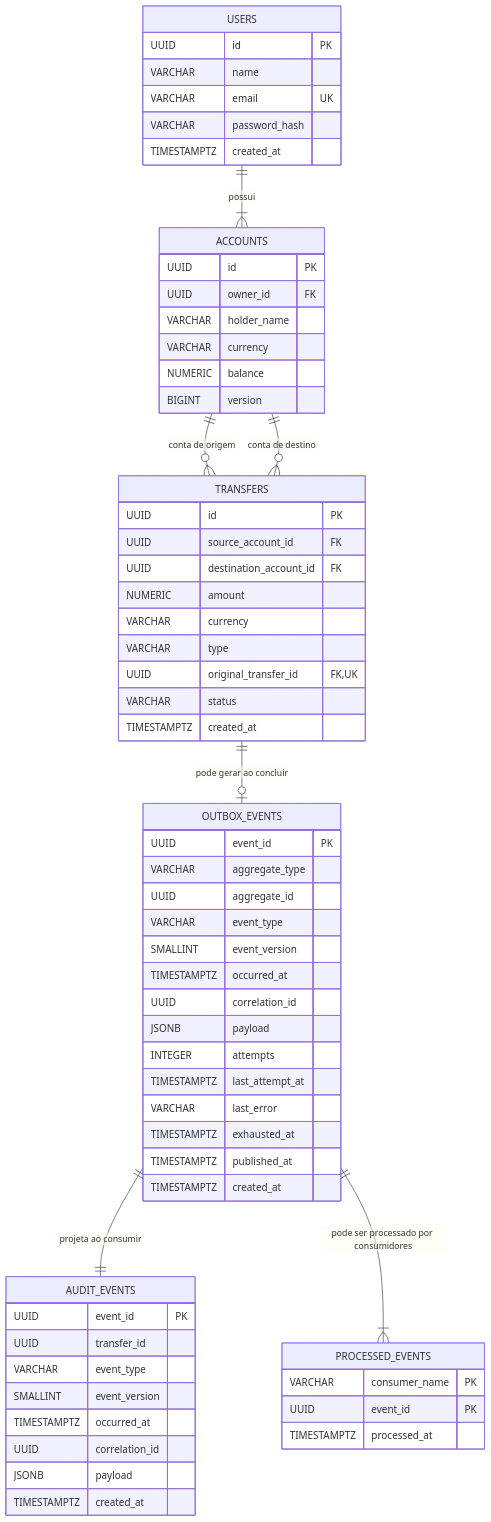
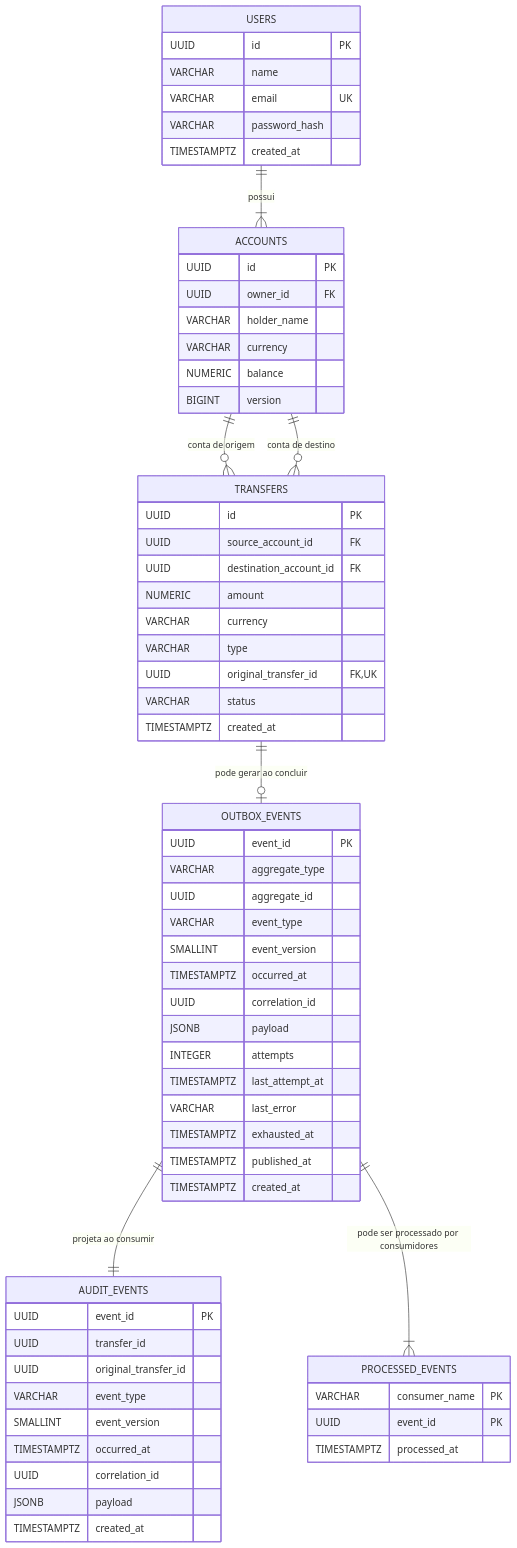
One commit to WilliamRochaJR/pay-flow changed the second of 4 diagrams in docs/domain-model.md. Above: the diagram before and after it, drawn with Mermaid. The commit also changed other lines of this file and 23 other files, not shown here.

````diff
--- a/docs/domain-model.md
+++ b/docs/domain-model.md
@@ -210,72 +225,73 @@
 ```mermaid
 erDiagram
     USERS ||--|{ ACCOUNTS : possui
     ACCOUNTS ||--o{ TRANSFERS : "conta de origem"
     ACCOUNTS ||--o{ TRANSFERS : "conta de destino"
     TRANSFERS ||--o| OUTBOX_EVENTS : "pode gerar ao concluir"
     OUTBOX_EVENTS ||--|| AUDIT_EVENTS : "projeta ao consumir"
     OUTBOX_EVENTS ||--|{ PROCESSED_EVENTS : "pode ser processado por consumidores"
 
     ACCOUNTS {
         UUID id PK
         UUID owner_id FK
         VARCHAR holder_name
         VARCHAR currency
         NUMERIC balance
         BIGINT version
     }
 
     USERS {
         UUID id PK
         VARCHAR name
         VARCHAR email UK
         VARCHAR password_hash
         TIMESTAMPTZ created_at
     }
 
     TRANSFERS {
         UUID id PK
         UUID source_account_id FK
         UUID destination_account_id FK
         NUMERIC amount
         VARCHAR currency
         VARCHAR type
         UUID original_transfer_id FK,UK
         VARCHAR status
         TIMESTAMPTZ created_at
     }
 
     OUTBOX_EVENTS {
         UUID event_id PK
         VARCHAR aggregate_type
         UUID aggregate_id
         VARCHAR event_type
         SMALLINT event_version
         TIMESTAMPTZ occurred_at
         UUID correlation_id
         JSONB payload
         INTEGER attempts
         TIMESTAMPTZ last_attempt_at
         VARCHAR last_error
         TIMESTAMPTZ exhausted_at
         TIMESTAMPTZ published_at
         TIMESTAMPTZ created_at
     }
 
     PROCESSED_EVENTS {
         VARCHAR consumer_name PK
         UUID event_id PK
         TIMESTAMPTZ processed_at
     }
 
     AUDIT_EVENTS {
         UUID event_id PK
         UUID transfer_id
+        UUID original_transfer_id
         VARCHAR event_type
         SMALLINT event_version
         TIMESTAMPTZ occurred_at
         UUID correlation_id
         JSONB payload
         TIMESTAMPTZ created_at
     }
 ```
````
